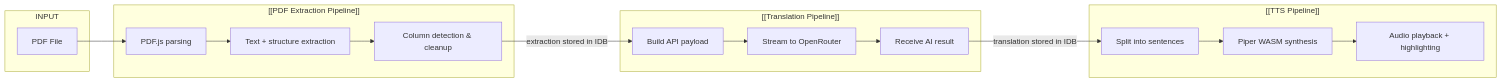
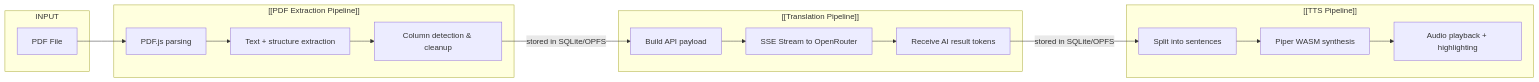
One commit to himanshusingh1212/doclens-ai changed the diagram in documentation/User Flows/End-to-End Pipeline.md. Above: the diagram before and after it, drawn with Mermaid. The commit also changed other lines of this file and 21 other files, not shown here.

````diff
--- a/documentation/User Flows/End-to-End Pipeline.md
+++ b/documentation/User Flows/End-to-End Pipeline.md
@@ -9,28 +9,28 @@
 ```mermaid
 flowchart LR
     subgraph INPUT
         A[PDF File]
     end
 
     subgraph EXTRACTION["[[PDF Extraction Pipeline]]"]
         B[PDF.js parsing]
         C[Text + structure extraction]
         D[Column detection & cleanup]
     end
 
     subgraph TRANSLATION["[[Translation Pipeline]]"]
         E[Build API payload]
-        F[Stream to OpenRouter]
-        G[Receive AI result]
+        F[SSE Stream to OpenRouter]
+        G[Receive AI result tokens]
     end
 
     subgraph TTS["[[TTS Pipeline]]"]
         H[Split into sentences]
         I[Piper WASM synthesis]
         J[Audio playback + highlighting]
     end
 
     A --> B --> C --> D
-    D -->|"extraction stored in IDB"| E --> F --> G
-    G -->|"translation stored in IDB"| H --> I --> J
+    D -->|"stored in SQLite/OPFS"| E --> F --> G
+    G -->|"stored in SQLite/OPFS"| H --> I --> J
 ```
````
